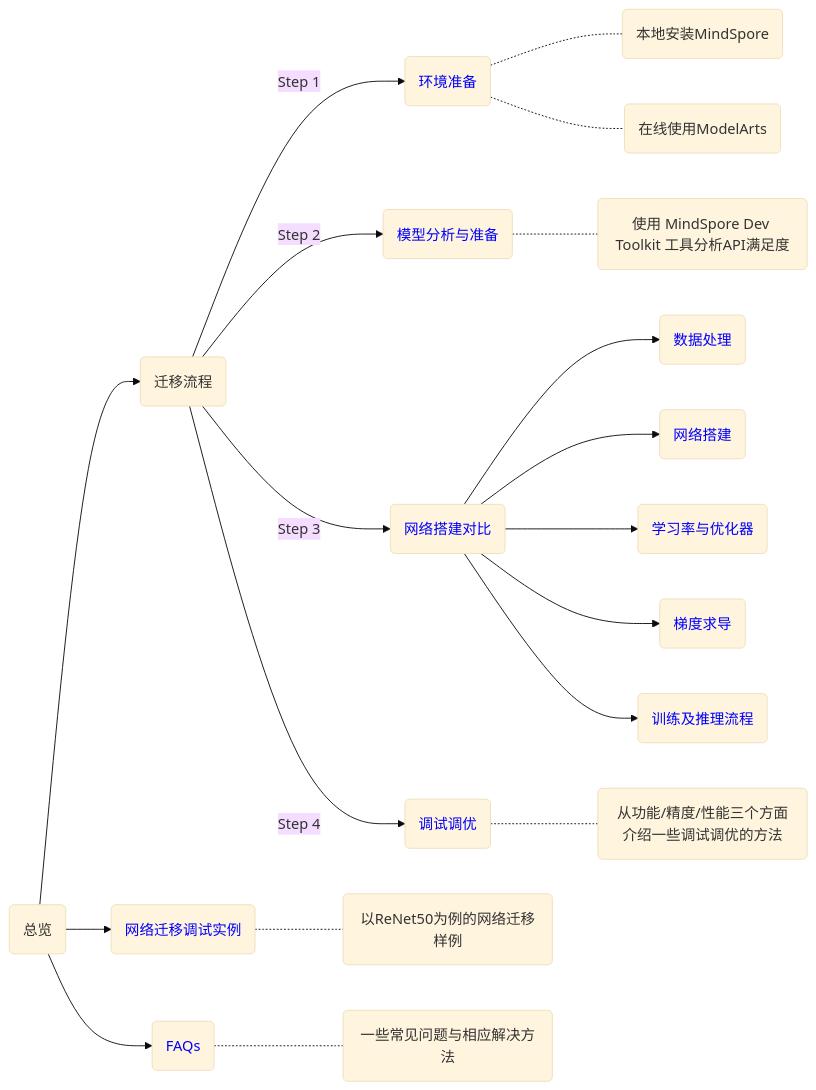
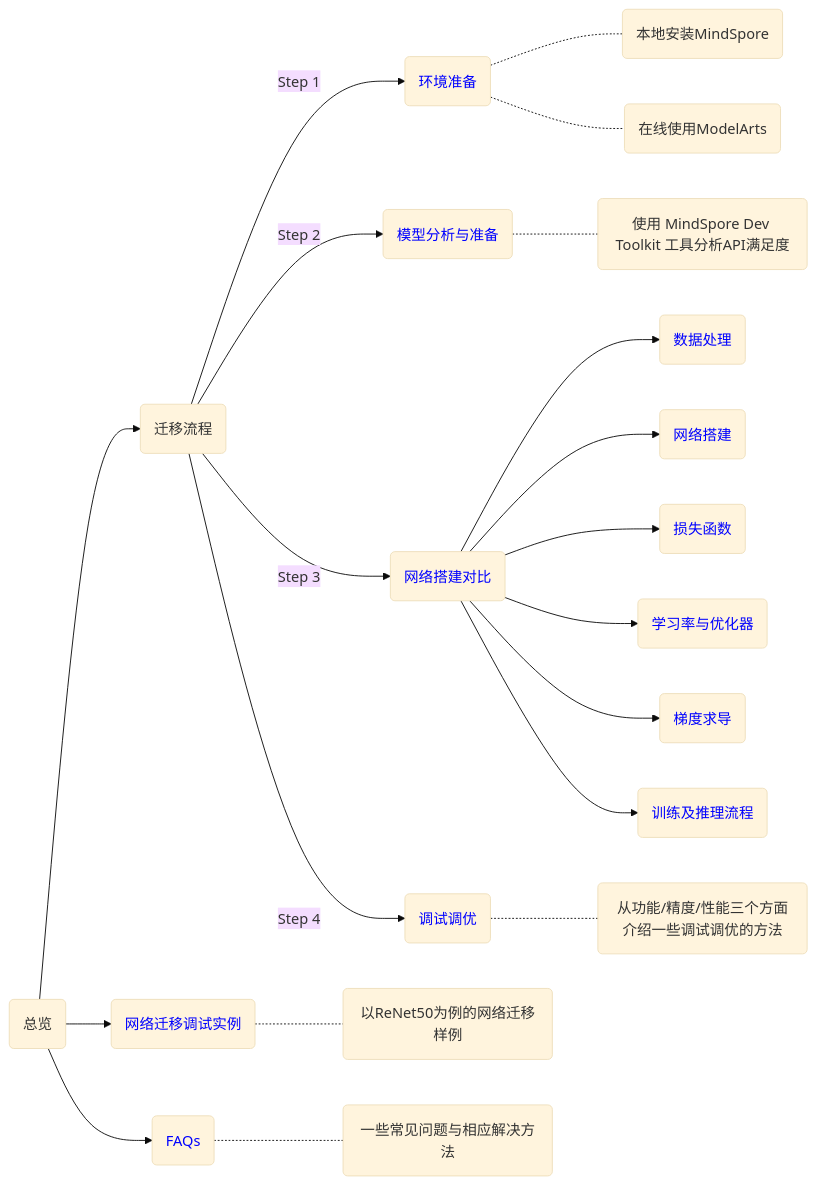
Before and after one commit to mindspore-ai/docs: the diagram in docs/mindspore/source_zh_cn/migration_guide/overview.md, drawn with Mermaid (base theme). The commit also changed 1 other file, not shown here.

Commit message:
add loss function in migration guide

````diff
--- a/docs/mindspore/source_zh_cn/migration_guide/overview.md
+++ b/docs/mindspore/source_zh_cn/migration_guide/overview.md
@@ -7,35 +7,37 @@
 ```{mermaid}
 graph LR
 A(总览)-->B(迁移流程)
 B-->|Step 1|E(<font color=blue>环境准备</font>)
 E-.-text1(本地安装MindSpore)
 E-.-text2(在线使用ModelArts)
 B-->|Step 2|F(<font color=blue>模型分析与准备</font>)
 F-.-text3(使用 MindSpore Dev Toolkit 工具分析API满足度)
 B-->|Step 3|G(<font color=blue>网络搭建对比</font>)
 G-->I(<font color=blue>数据处理</font>)
 G-->J(<font color=blue>网络搭建</font>)
+G-->N(<font color=blue>损失函数</font>)
 G-->K(<font color=blue>学习率与优化器</font>)
 G-->L(<font color=blue>梯度求导</font>)
 G-->M(<font color=blue>训练及推理流程</font>)
 B-->|Step 4|H(<font color=blue>调试调优</font>)
 H-.-text4(从功能/精度/性能三个方面介绍一些调试调优的方法)
 A-->C(<font color=blue>网络迁移调试实例</font>)
 C-.-text5(以ReNet50为例的网络迁移样例)
 A-->D(<font color=blue>FAQs</font>)
 D-.-text6(一些常见问题与相应解决方法)
 
 click C "https://www.mindspore.cn/docs/zh-CN/r2.3/migration_guide/sample_code.html"
 click D "https://www.mindspore.cn/docs/zh-CN/r2.3/migration_guide/faq.html"
 
 click E "https://www.mindspore.cn/docs/zh-CN/r2.3/migration_guide/enveriment_preparation.html"
 click F "https://www.mindspore.cn/docs/zh-CN/r2.3/migration_guide/analysis_and_preparation.html"
 click G "https://www.mindspore.cn/docs/zh-CN/r2.3/migration_guide/model_development/model_development.html"
 click H "https://www.mindspore.cn/docs/zh-CN/r2.3/migration_guide/debug_and_tune.html"
 
 click I "https://www.mindspore.cn/docs/zh-CN/r2.3/migration_guide/model_development/dataset.html"
 click J "https://www.mindspore.cn/docs/zh-CN/r2.3/migration_guide/model_development/model_and_cell.html"
 click K "https://www.mindspore.cn/docs/zh-CN/r2.3/migration_guide/model_development/learning_rate_and_optimizer.html"
 click L "https://www.mindspore.cn/docs/zh-CN/r2.3/migration_guide/model_development/gradient.html"
 click M "https://www.mindspore.cn/docs/zh-CN/r2.3/migration_guide/model_development/training_and_evaluation.html"
+click N "https://www.mindspore.cn/docs/zh-CN/r2.3/migration_guide/model_development/loss_function.html"
 ```
````
